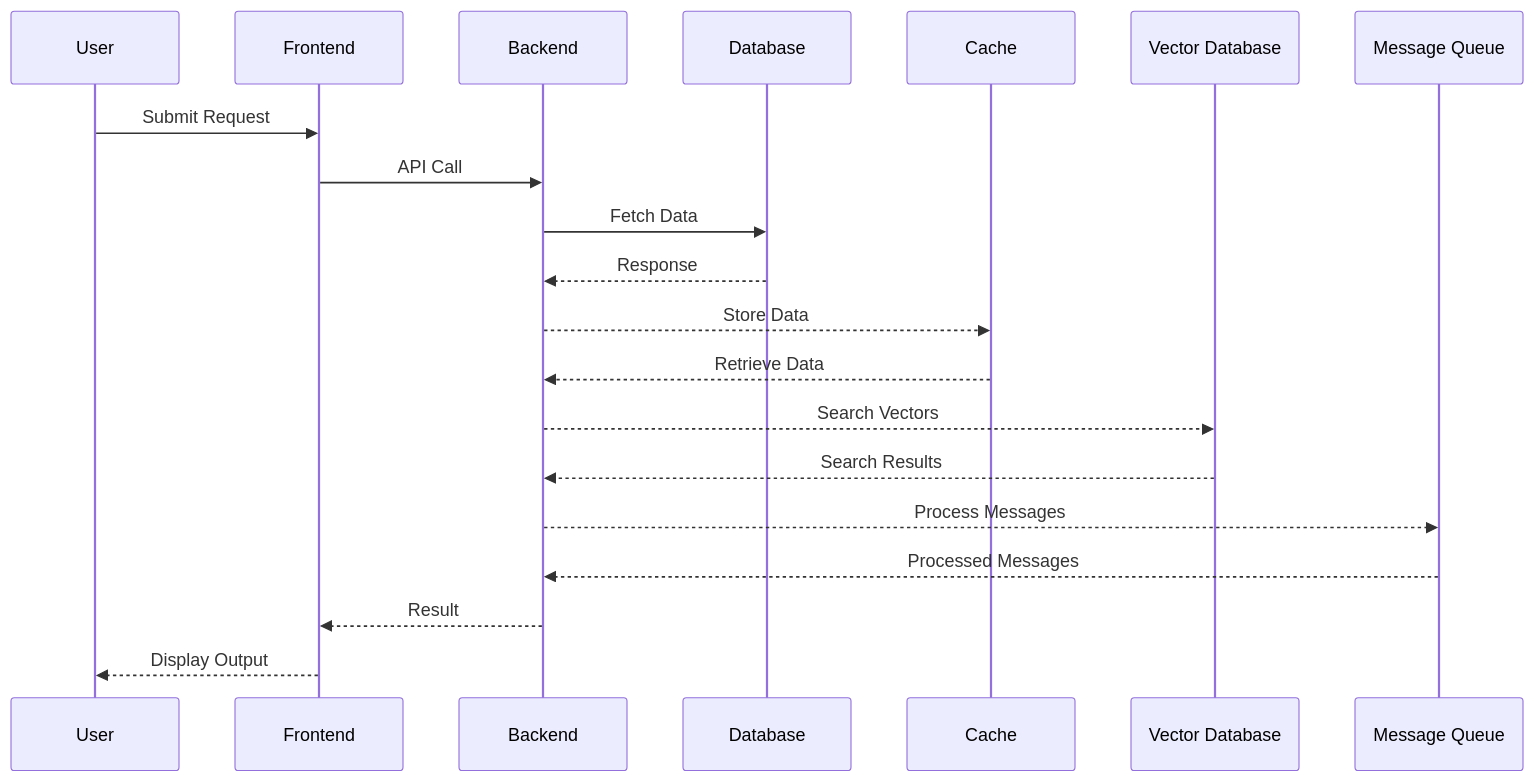
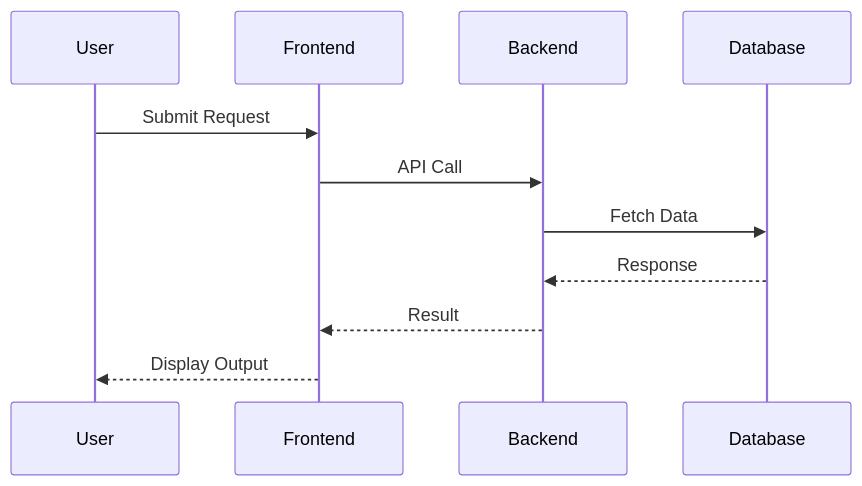
One commit to KishanG02/ai-software-engineering-team changed the second of 2 diagrams in output/architecture.md. Above: the diagram before and after it, drawn with Mermaid. The commit also changed other lines of this file and 7 other files, not shown here.

````diff
--- a/output/architecture.md
+++ b/output/architecture.md
@@ -50,15 +46,9 @@
 ```mermaid
 sequenceDiagram
 User->>Frontend: Submit Request
 Frontend->>Backend: API Call
 Backend->>Database: Fetch Data
 Database-->>Backend: Response
-Backend-->>Cache: Store Data
-Cache-->>Backend: Retrieve Data
-Backend-->>Vector Database: Search Vectors
-Vector Database-->>Backend: Search Results
-Backend-->>Message Queue: Process Messages
-Message Queue-->>Backend: Processed Messages
 Backend-->>Frontend: Result
 Frontend-->>User: Display Output
 ```
````
